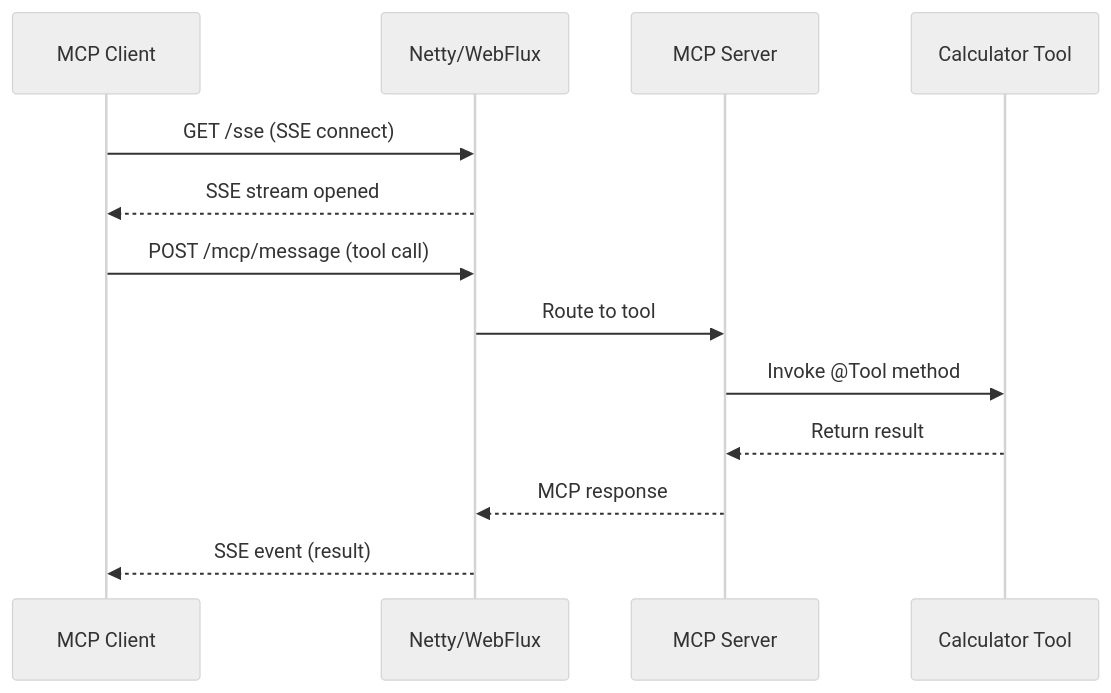
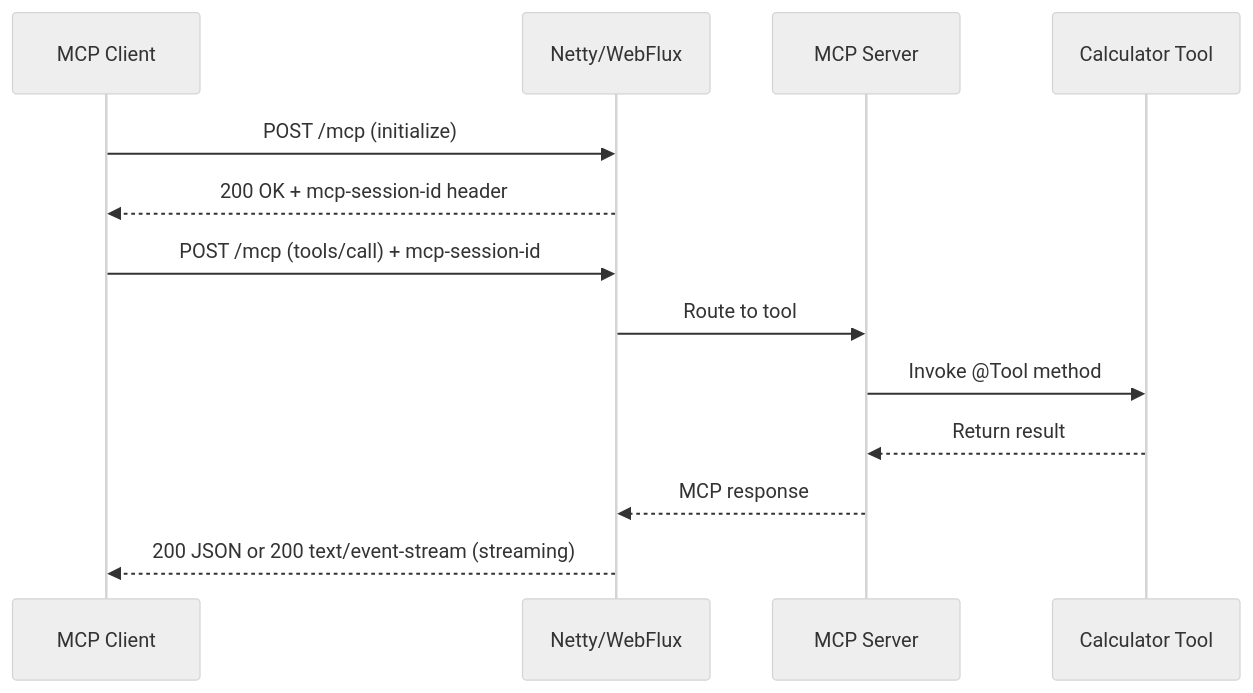
Before and after one commit to farchanjo/math-calculator: the seventh of 8 diagrams in docs/architecture.md, drawn with Mermaid (neutral theme). The commit also changed other lines of this file and 2 other files, not shown here.

Commit message:
docs(architecture): update SSE flow to Streamable HTTP (POST /mcp)

````diff
--- a/docs/architecture.md
+++ b/docs/architecture.md
@@ -118,16 +118,16 @@
 ```mermaid
 sequenceDiagram
     participant Client as MCP Client
     participant Server as Netty/WebFlux
     participant MCP as MCP Server
     participant Tool as Calculator Tool
 
-    Client->>Server: GET /sse (SSE connect)
-    Server-->>Client: SSE stream opened
-    Client->>Server: POST /mcp/message (tool call)
+    Client->>Server: POST /mcp (initialize)
+    Server-->>Client: 200 OK + mcp-session-id header
+    Client->>Server: POST /mcp (tools/call) + mcp-session-id
     Server->>MCP: Route to tool
     MCP->>Tool: Invoke @Tool method
     Tool-->>MCP: Return result
     MCP-->>Server: MCP response
-    Server-->>Client: SSE event (result)
+    Server-->>Client: 200 JSON or 200 text/event-stream (streaming)
 ```
````
